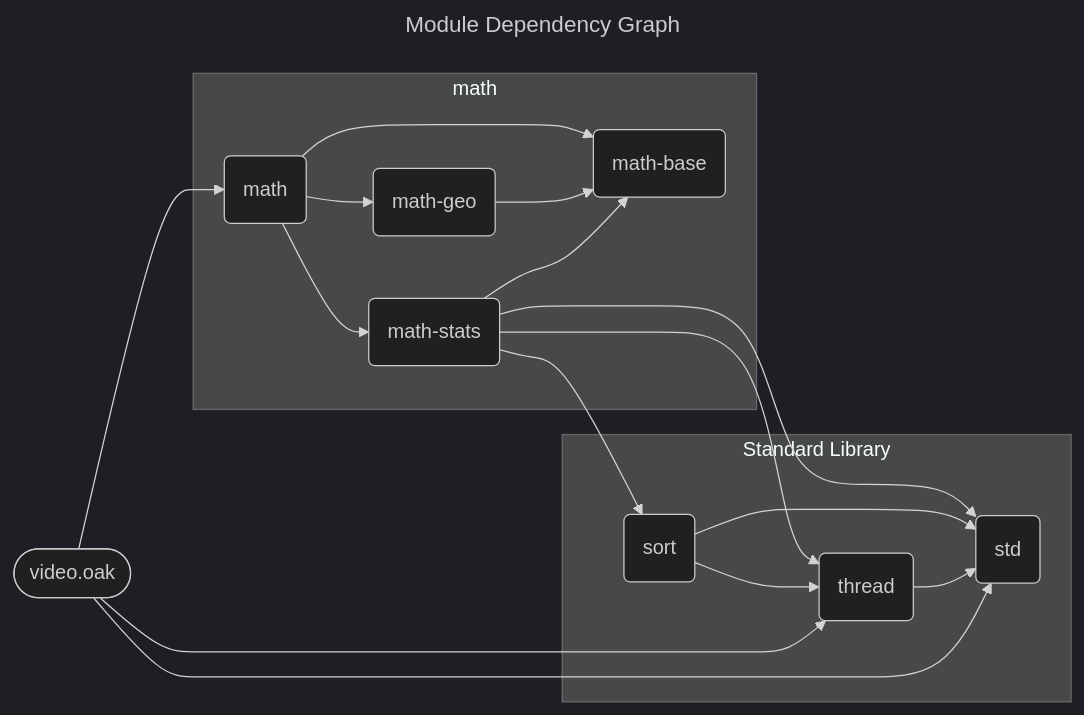
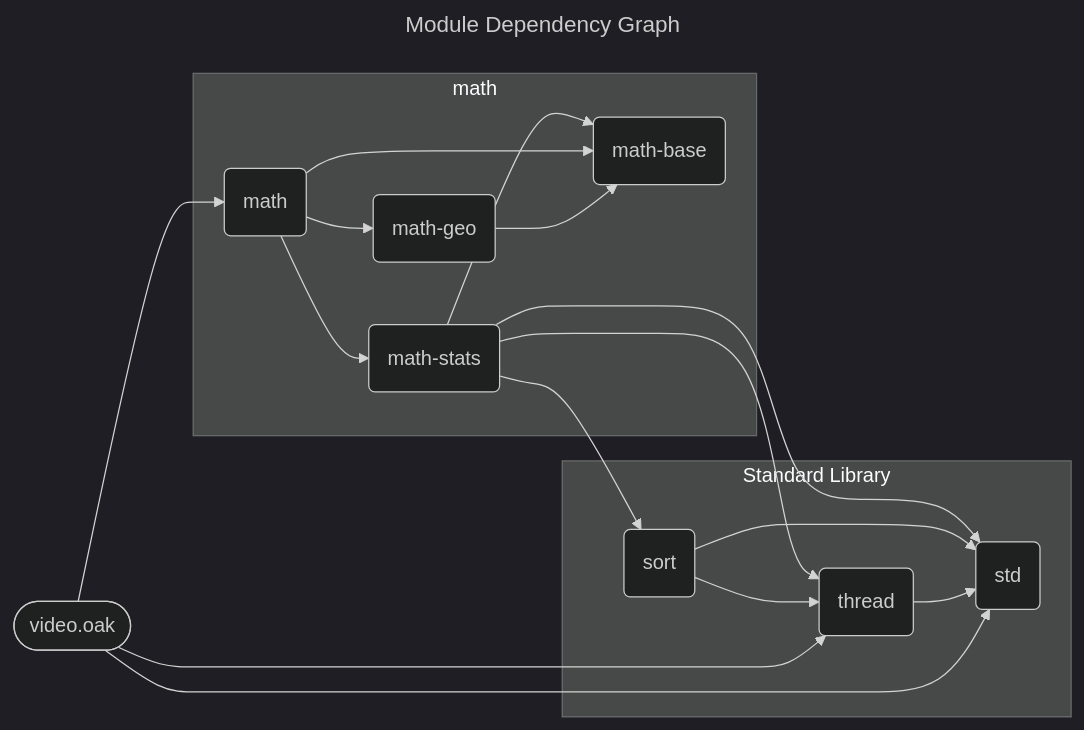
One commit to SpcFORK/magnolia changed the diagram in docs/spec/video.mmd. Above: the diagram before and after it, drawn with Mermaid (dark theme). The commit also changed other lines of this file and 177 other files, not shown here.

First line of the commit message:
Refactor module dependency graphs and improve edge rendering

```diff
--- a/docs/spec/video.mmd
+++ b/docs/spec/video.mmd
@@ -1,30 +1,30 @@
 ---
 title: Module Dependency Graph
 ---
 flowchart LR
     lib_video_oak(["video.oak"])
-    math --> math_base
-    math --> math_geo
-    math --> math_stats
-    math_geo --> math_base
+    subgraph stdlib_math ["math"]
+        math_stats("math-stats")
+        math("math")
+        math_base("math-base")
+        math_geo("math-geo")
+    end
+    subgraph stdlib_core ["Standard Library"]
+        sort("sort")
+        thread("thread")
+        std("std")
+    end
     math_stats --> std
     math_stats --> sort
     math_stats --> math_base
     math_stats --> thread
     sort --> std
     sort --> thread
     thread --> std
     lib_video_oak --> std
     lib_video_oak --> math
     lib_video_oak --> thread
-    subgraph stdlib_math ["math"]
-        math("math")
-        math_base("math-base")
-        math_geo("math-geo")
-        math_stats("math-stats")
-    end
-    subgraph stdlib_core ["Standard Library"]
-        std("std")
-        sort("sort")
-        thread("thread")
-    end
+    math --> math_base
+    math --> math_geo
+    math --> math_stats
+    math_geo --> math_base
```
